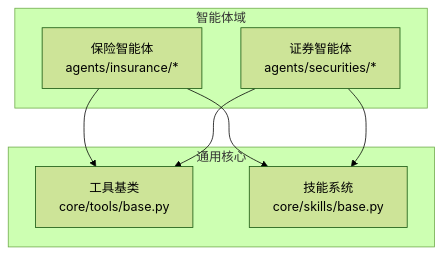
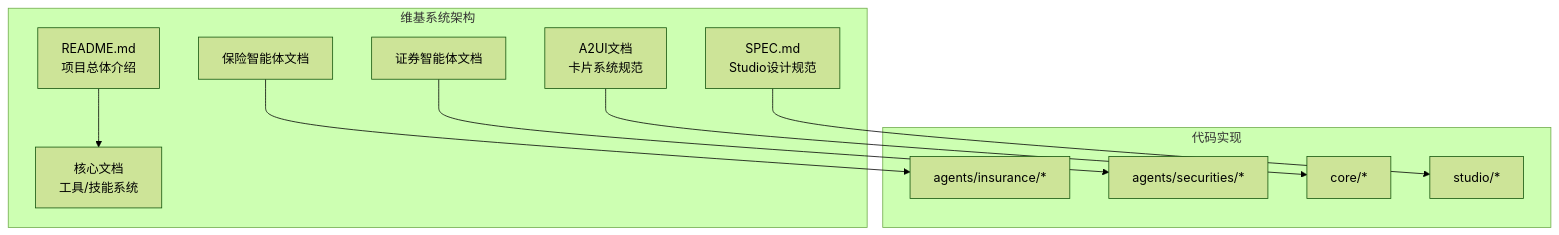
One commit to YU-JI-KUI/ark-agentic changed the first of 7 diagrams in repowiki/zh/content/智能体实现/智能体实现.md. Above: the diagram before and after it, drawn with Mermaid (forest theme). The commit also changed other lines of this file and 10 other files, not shown here.

````diff
--- a/repowiki/zh/content/智能体实现/智能体实现.md
+++ b/repowiki/zh/content/智能体实现/智能体实现.md
@@ -44,15 +69,22 @@
 ```mermaid
 graph TB
-subgraph "智能体域"
-INS["保险智能体<br/>agents/insurance/*"]
-SEC["证券智能体<br/>agents/securities/*"]
+subgraph "维基系统架构"
+README["README.md<br/>项目总体介绍"]
+SPEC["SPEC.md<br/>Studio设计规范"]
+A2UI["A2UI文档<br/>卡片系统规范"]
+CORE["核心文档<br/>工具/技能系统"]
+INS["保险智能体文档"]
+SEC["证券智能体文档"]
 end
-subgraph "通用核心"
-CORE_TOOLS["工具基类<br/>core/tools/base.py"]
-CORE_SKILLS["技能系统<br/>core/skills/base.py"]
+subgraph "代码实现"
+CODE1["agents/insurance/*"]
+CODE2["agents/securities/*"]
+CODE3["core/*"]
+CODE4["studio/*"]
 end
-INS --> CORE_TOOLS
-SEC --> CORE_TOOLS
-INS --> CORE_SKILLS
-SEC --> CORE_SKILLS
+README --> CORE
+SPEC --> CODE4
+A2UI --> CODE3
+INS --> CODE1
+SEC --> CODE2
 ```
````
